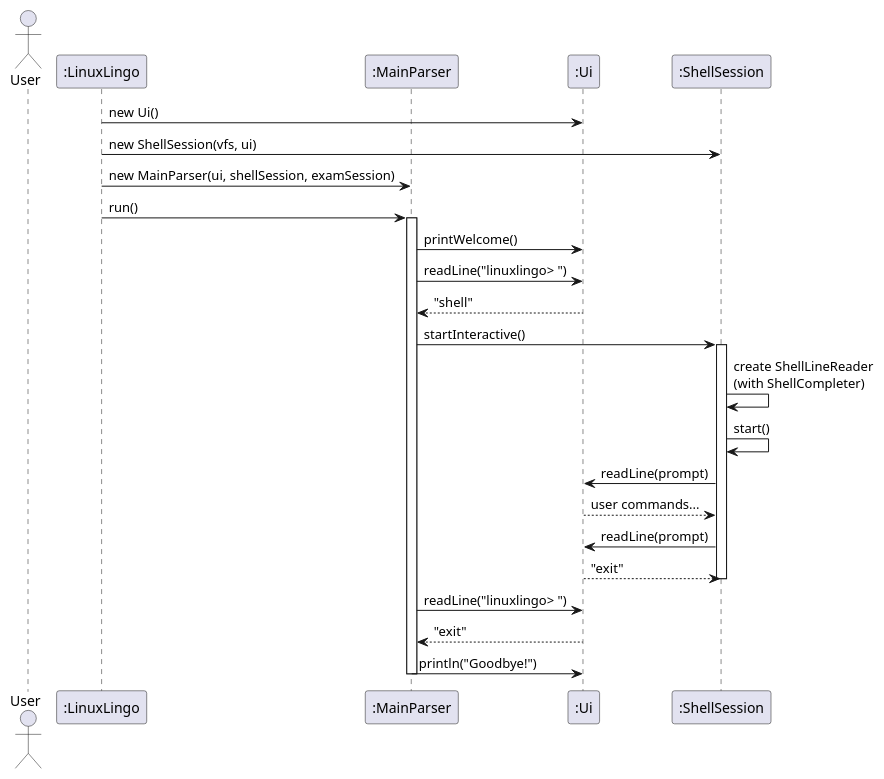
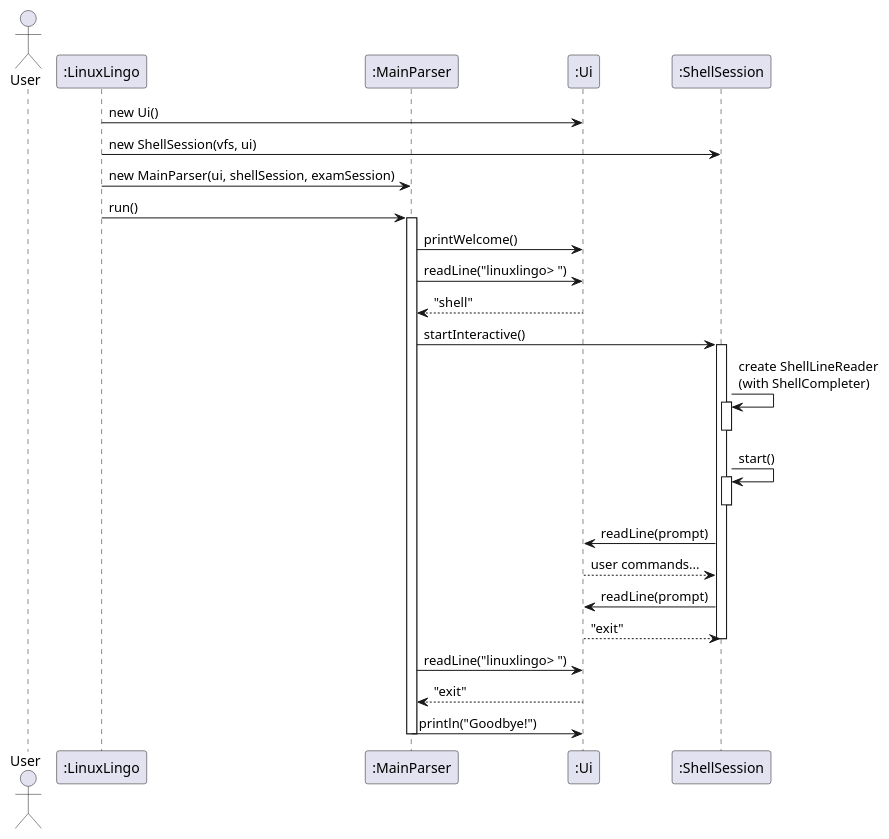
Before and after one commit to Novgor0d/tp: the diagram in docs/diagrams/ArchitectureSequenceDiagram.puml, drawn with PlantUML. The commit also changed 8 other files, not shown here.

First line of the commit message:
Fix UML diagram issues #119, #120, #121, #122

```diff
--- a/docs/diagrams/ArchitectureSequenceDiagram.puml
+++ b/docs/diagrams/ArchitectureSequenceDiagram.puml
@@ -1,29 +1,33 @@
 @startuml ArchitectureSequenceDiagram
 actor User
 participant ":LinuxLingo" as Main
 participant ":MainParser" as MP
 participant ":Ui" as UI
 participant ":ShellSession" as SS
 
 Main -> UI : new Ui()
 Main -> SS : new ShellSession(vfs, ui)
 Main -> MP : new MainParser(ui, shellSession, examSession)
 Main -> MP : run()
 activate MP
 MP -> UI : printWelcome()
 MP -> UI : readLine("linuxlingo> ")
 UI --> MP : "shell"
 MP -> SS : startInteractive()
 activate SS
 SS -> SS : create ShellLineReader\n(with ShellCompleter)
+activate SS
+deactivate SS
 SS -> SS : start()
+activate SS
+deactivate SS
 SS -> UI : readLine(prompt)
 UI --> SS : user commands...
 SS -> UI : readLine(prompt)
 UI --> SS : "exit"
 deactivate SS
 MP -> UI : readLine("linuxlingo> ")
 UI --> MP : "exit"
 MP -> UI : println("Goodbye!")
 deactivate MP
 @enduml
```
